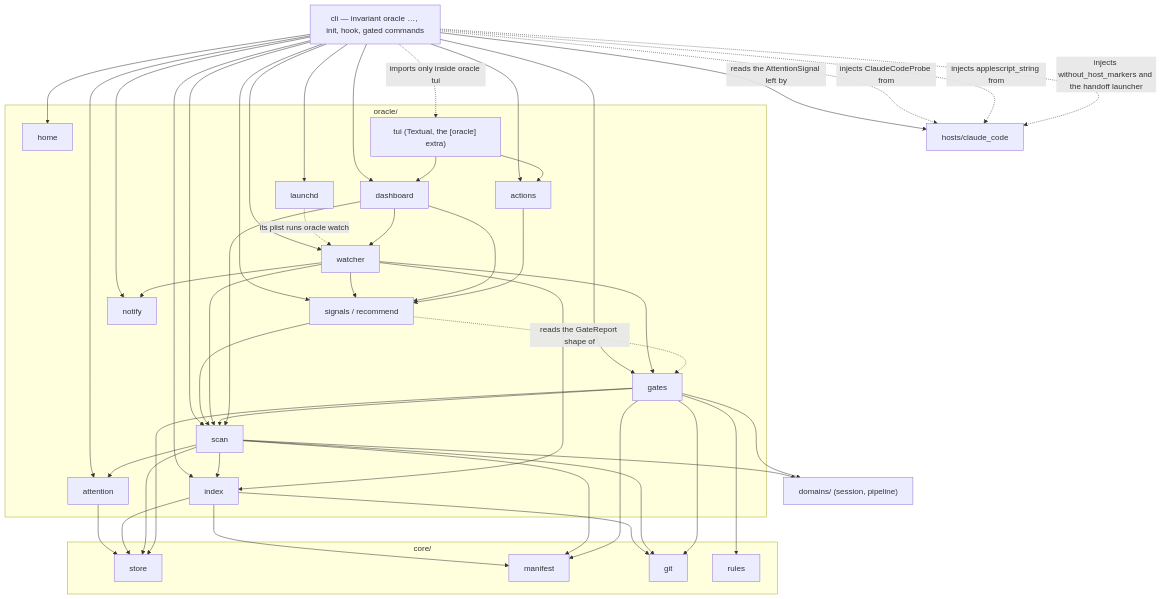
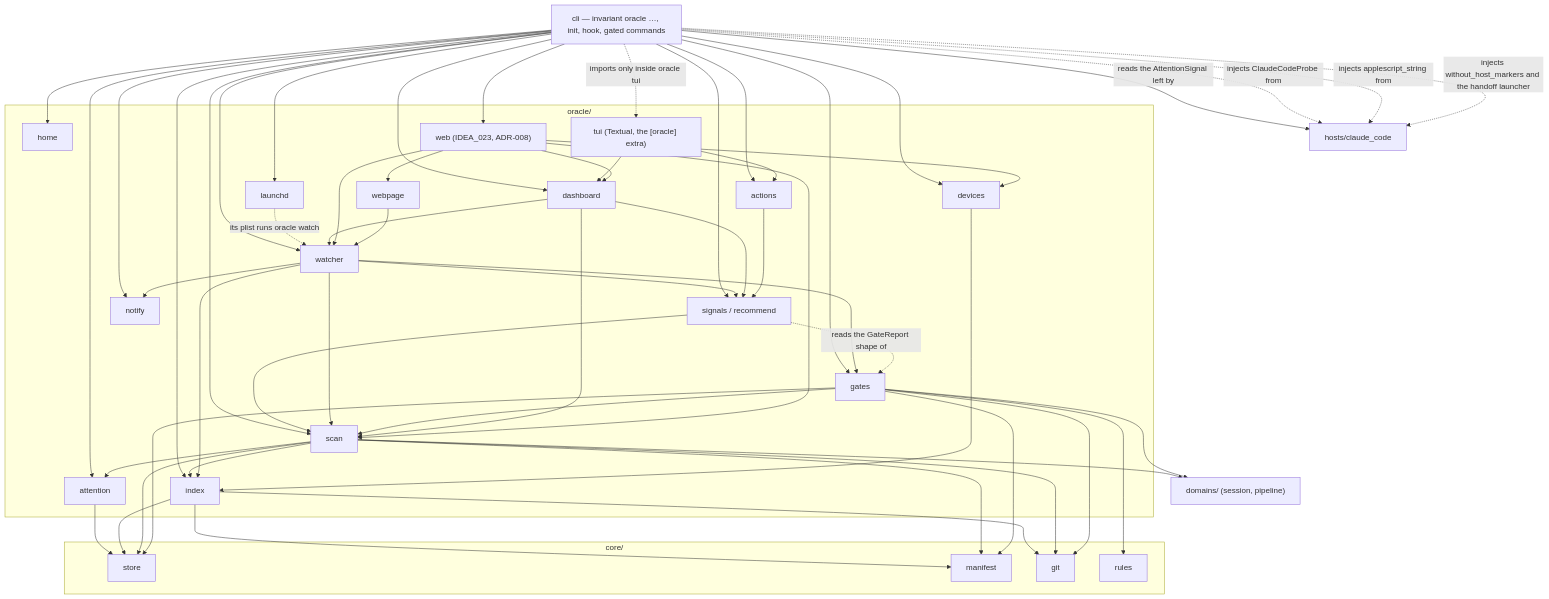
The diagram in docs/architecture/oracle.md (Mindchallenges/Invariant), drawn with Mermaid before and after one commit. The commit also changed other lines of this file and 15 other files, not shown here.

First line of the commit message:
oracle - read-only web dashboard on the tailnet, device pairing, TUI auto-refresh (IDEA_023 inc 1)

````diff
--- a/docs/architecture/oracle.md
+++ b/docs/architecture/oracle.md
@@ -40,6 +41,9 @@
         DASH[dashboard]
         ACTIONS[actions]
         TUI["tui (Textual, the [oracle] extra)"]
+        WEB["web (IDEA_023, ADR-008)"]
+        WEBPAGE[webpage]
+        DEVICES[devices]
     end
 
     subgraph core["core/"]
@@ -97,4 +101,13 @@
     DASH --> SIGNALS
     DASH --> SCAN
     ACTIONS --> SIGNALS
+    CLI --> WEB
+    CLI --> DEVICES
+    WEB --> DASH
+    WEB --> DEVICES
+    WEB --> WEBPAGE
+    WEB --> SCAN
+    WEB --> WATCH
+    WEBPAGE --> WATCH
+    DEVICES --> INDEX
 ```
````
